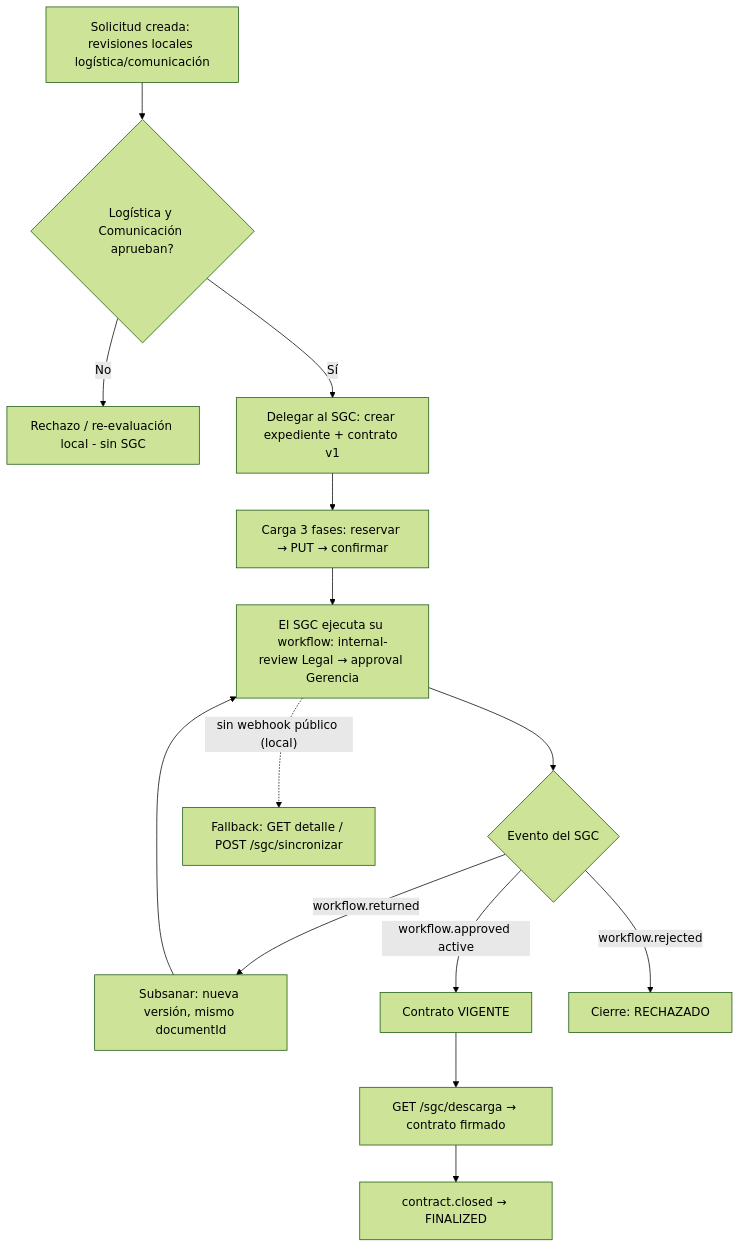
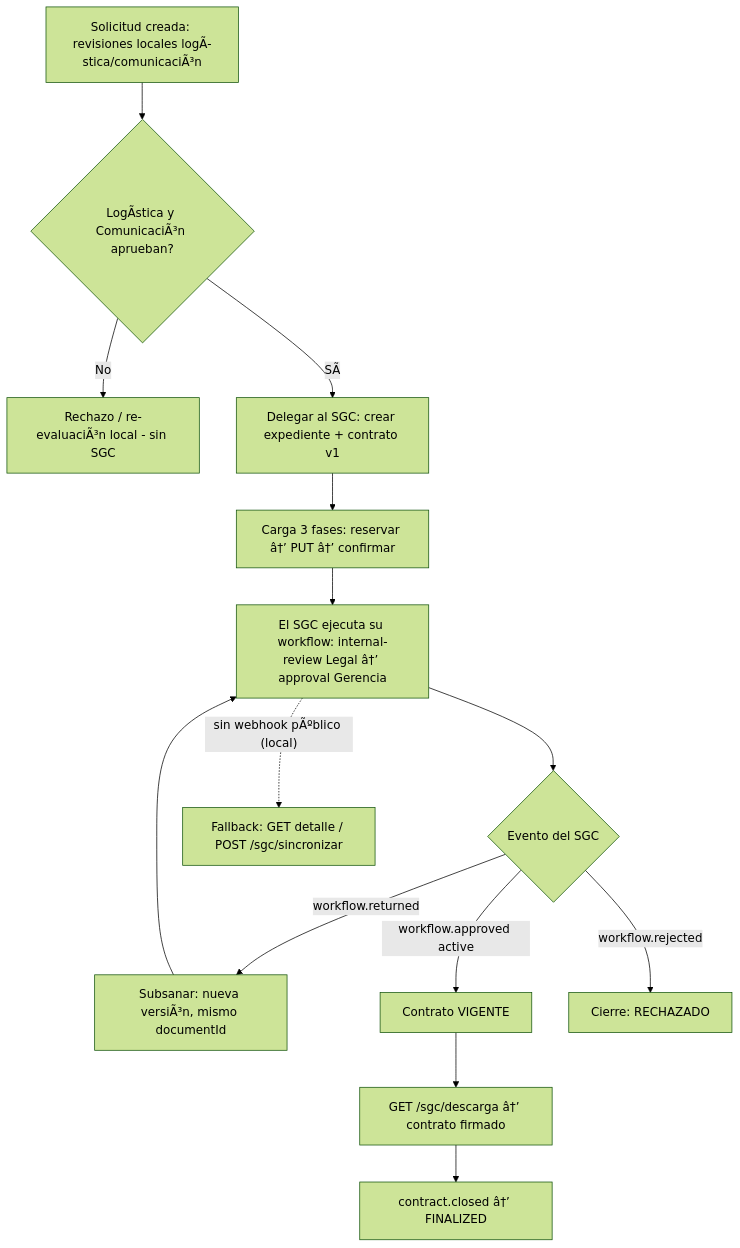
Before and after one commit to edsonHuamaniIimp/ecommerce: the second of 2 diagrams in docs/05-integraciones/integracion-sgc.md, drawn with Mermaid (forest theme). The commit also changed other lines of this file, not shown here.

Commit message:
docs(sgc): actualizacion guia v4 (counterpartyEmail obligatorio, rechazo subsanable, rondas auditables)

````diff
--- a/docs/05-integraciones/integracion-sgc.md
+++ b/docs/05-integraciones/integracion-sgc.md
@@ -508,16 +508,16 @@
 ```mermaid
 flowchart TD
-    A[Solicitud creada: revisiones locales logística/comunicación] --> B{Logística y Comunicación aprueban?}
-    B -- No --> B1[Rechazo / re-evaluación local - sin SGC]
-    B -- Sí --> C[Delegar al SGC: crear expediente + contrato v1]
-    C --> D[Carga 3 fases: reservar → PUT → confirmar]
-    D --> E[El SGC ejecuta su workflow: internal-review Legal → approval Gerencia]
+    A[Solicitud creada: revisiones locales logÃ­stica/comunicaciÃ³n] --> B{LogÃ­stica y ComunicaciÃ³n aprueban?}
+    B -- No --> B1[Rechazo / re-evaluaciÃ³n local - sin SGC]
+    B -- SÃ­ --> C[Delegar al SGC: crear expediente + contrato v1]
+    C --> D[Carga 3 fases: reservar â†’ PUT â†’ confirmar]
+    D --> E[El SGC ejecuta su workflow: internal-review Legal â†’ approval Gerencia]
     E --> F{Evento del SGC}
-    F -- workflow.returned --> G[Subsanar: nueva versión, mismo documentId]
+    F -- workflow.returned --> G[Subsanar: nueva versiÃ³n, mismo documentId]
     G --> E
     F -- workflow.approved active --> H[Contrato VIGENTE]
     F -- workflow.rejected --> I[Cierre: RECHAZADO]
-    H --> J[GET /sgc/descarga → contrato firmado]
-    J --> K[contract.closed → FINALIZED]
-    E -. sin webhook público (local) .-> P[Fallback: GET detalle / POST /sgc/sincronizar]
+    H --> J[GET /sgc/descarga â†’ contrato firmado]
+    J --> K[contract.closed â†’ FINALIZED]
+    E -. sin webhook pÃºblico (local) .-> P[Fallback: GET detalle / POST /sgc/sincronizar]
 ```
````
